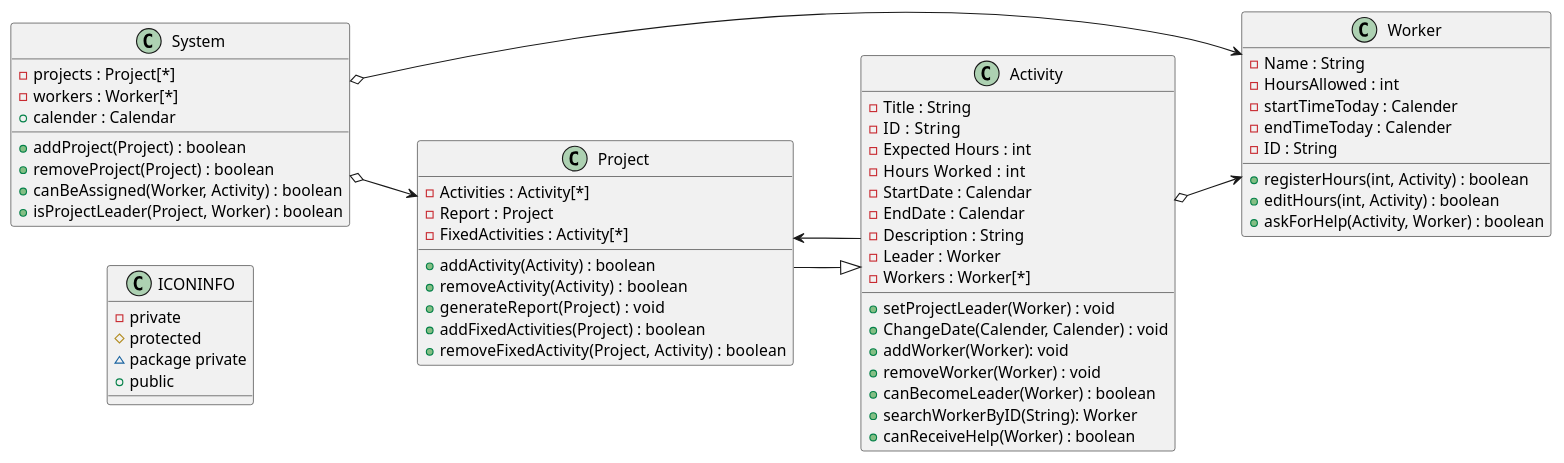
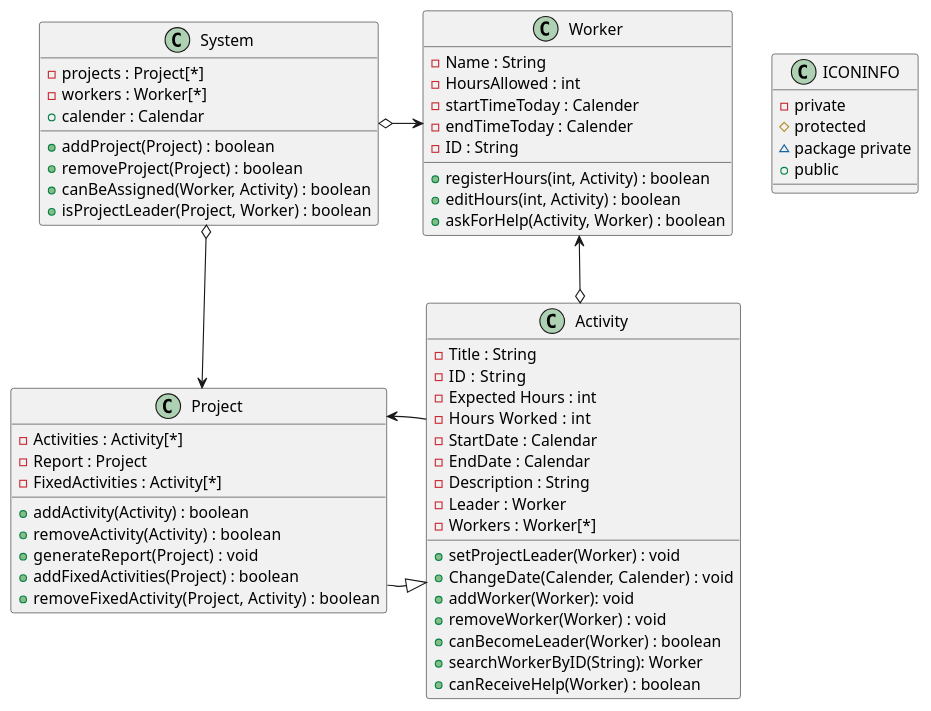
The diagram in Classdiagram.md (Shuhab-Siddigi/Software-Engineering), drawn with PlantUML before and after one commit. The commit also changed 5 other files, not shown here.

Commit message:
added first sequence diagram

````diff
--- a/Classdiagram.md
+++ b/Classdiagram.md
@@ -1,74 +1,71 @@
 ```plantuml
 class ICONINFO{
 -private
 #protected
 ~package private
 +public
 }
-
-left to right direction
-
 
 class System{
 -projects : Project[*]
 -workers : Worker[*] 
 +calender : Calendar
 
 +addProject(Project) : boolean
 +removeProject(Project) : boolean
 +canBeAssigned(Worker, Activity) : boolean
 +isProjectLeader(Project, Worker) : boolean
 }
 
 class Worker{
 -Name : String
 -HoursAllowed : int
 -startTimeToday : Calender
 -endTimeToday : Calender
 -ID : String
 
 +registerHours(int, Activity) : boolean
 +editHours(int, Activity) : boolean
 +askForHelp(Activity, Worker) : boolean 
 }
 
 
 class Project{
 -Activities : Activity[*]
 -Report : Project
 -FixedActivities : Activity[*]
 
 +addActivity(Activity) : boolean
 +removeActivity(Activity) :  boolean
 +generateReport(Project) :  void
 +addFixedActivities(Project) : boolean
 +removeFixedActivity(Project, Activity) :  boolean
 }
 
 class Activity{
 -Title : String
 -ID :  String
 -Expected Hours : int
 -Hours Worked :  int
 -StartDate : Calendar
 -EndDate : Calendar
 -Description : String
 -Leader : Worker
 -Workers : Worker[*]
 
 +setProjectLeader(Worker) : void
 +ChangeDate(Calender, Calender) : void
 +addWorker(Worker): void
 +removeWorker(Worker) : void 
 +canBecomeLeader(Worker) : boolean
 +searchWorkerByID(String): Worker
 +canReceiveHelp(Worker) : boolean
 }
 
-System o--> Project
-System o--> Worker
-Activity o--> Worker
-Project --|> Activity
-Activity --> Project  
+System o-right-> Worker
+System o-down-> Project
+Project -right-|> Activity
+Activity o-left-> Worker
+Activity -left-> Project  
 
 ```
````
